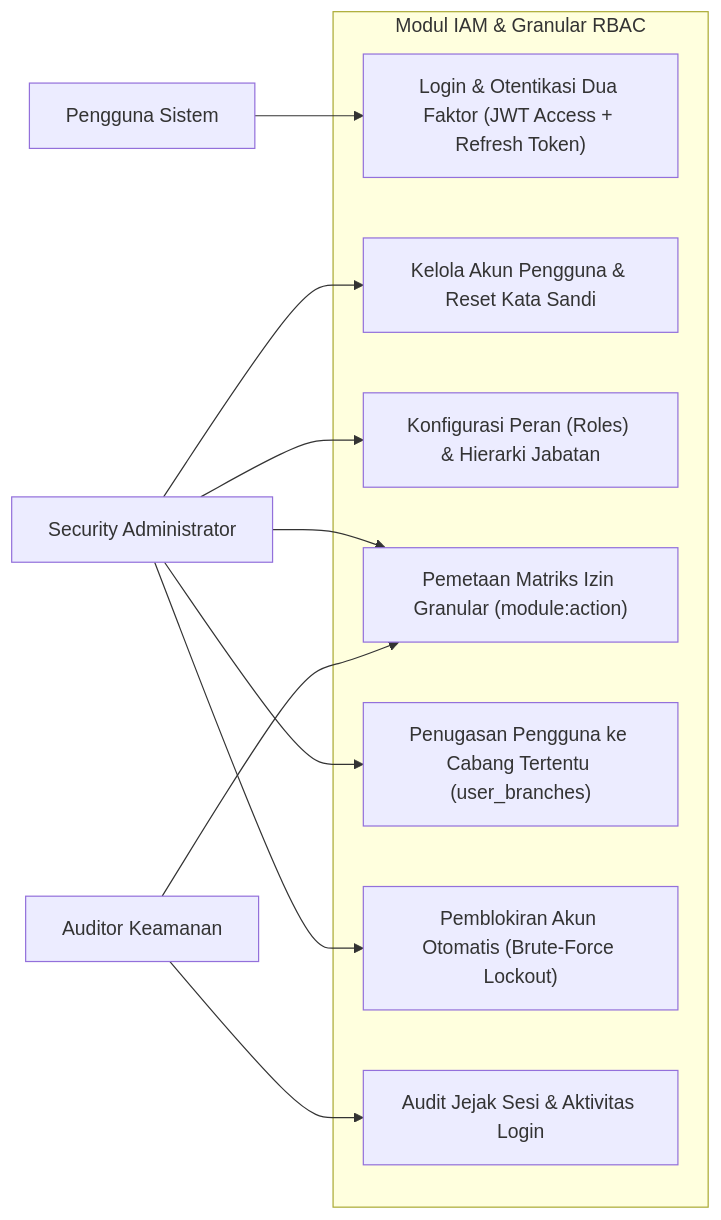
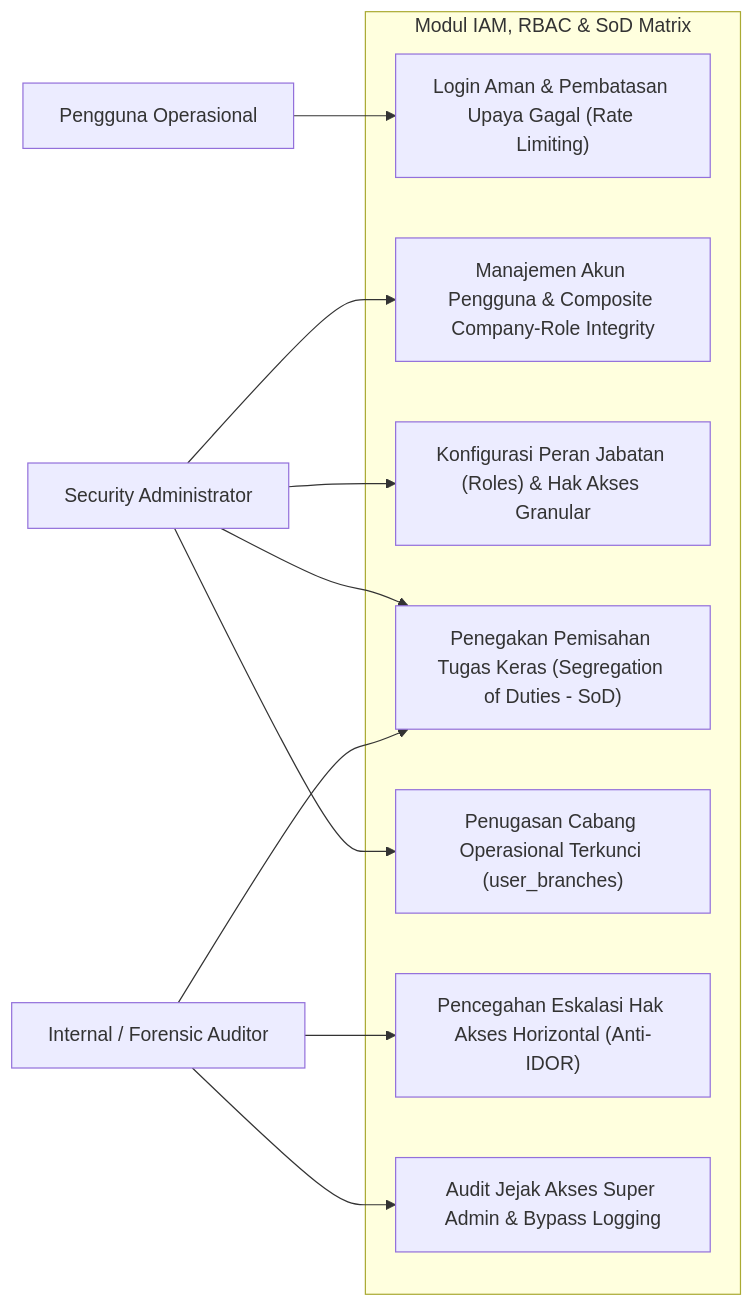
One commit to Vall-Here/mnf-erp-nextjs-golang changed the first of 4 diagrams in sdd/16_iam_rbac_sdd.md. Above: the diagram before and after it, drawn with Mermaid. The commit also changed other lines of this file and 10 other files, not shown here.

````diff
--- a/sdd/16_iam_rbac_sdd.md
+++ b/sdd/16_iam_rbac_sdd.md
@@ -13,27 +13,27 @@
 ```mermaid
 flowchart LR
-    User["Pengguna Sistem"]
+    User["Pengguna Operasional"]
     SecAdmin["Security Administrator"]
-    Auditor["Auditor Keamanan"]
+    Auditor["Internal / Forensic Auditor"]
 
-    subgraph IAMModule ["Modul IAM & Granular RBAC"]
-        UC1["Login & Otentikasi Dua Faktor (JWT Access + Refresh Token)"]
-        UC2["Kelola Akun Pengguna & Reset Kata Sandi"]
-        UC3["Konfigurasi Peran (Roles) & Hierarki Jabatan"]
-        UC4["Pemetaan Matriks Izin Granular (module:action)"]
-        UC5["Penugasan Pengguna ke Cabang Tertentu (user_branches)"]
-        UC6["Pemblokiran Akun Otomatis (Brute-Force Lockout)"]
-        UC7["Audit Jejak Sesi & Aktivitas Login"]
+    subgraph IAMModule ["Modul IAM, RBAC & SoD Matrix"]
+        UC1["Login Aman & Pembatasan Upaya Gagal (Rate Limiting)"]
+        UC2["Manajemen Akun Pengguna & Composite Company-Role Integrity"]
+        UC3["Konfigurasi Peran Jabatan (Roles) & Hak Akses Granular"]
+        UC4["Penegakan Pemisahan Tugas Keras (Segregation of Duties - SoD)"]
+        UC5["Penugasan Cabang Operasional Terkunci (user_branches)"]
+        UC6["Pencegahan Eskalasi Hak Akses Horizontal (Anti-IDOR)"]
+        UC7["Audit Jejak Akses Super Admin & Bypass Logging"]
     end
 
     User --> UC1
 
     SecAdmin --> UC2
     SecAdmin --> UC3
     SecAdmin --> UC4
     SecAdmin --> UC5
-    SecAdmin --> UC6
 
     Auditor --> UC4
+    Auditor --> UC6
     Auditor --> UC7
 ```
````
